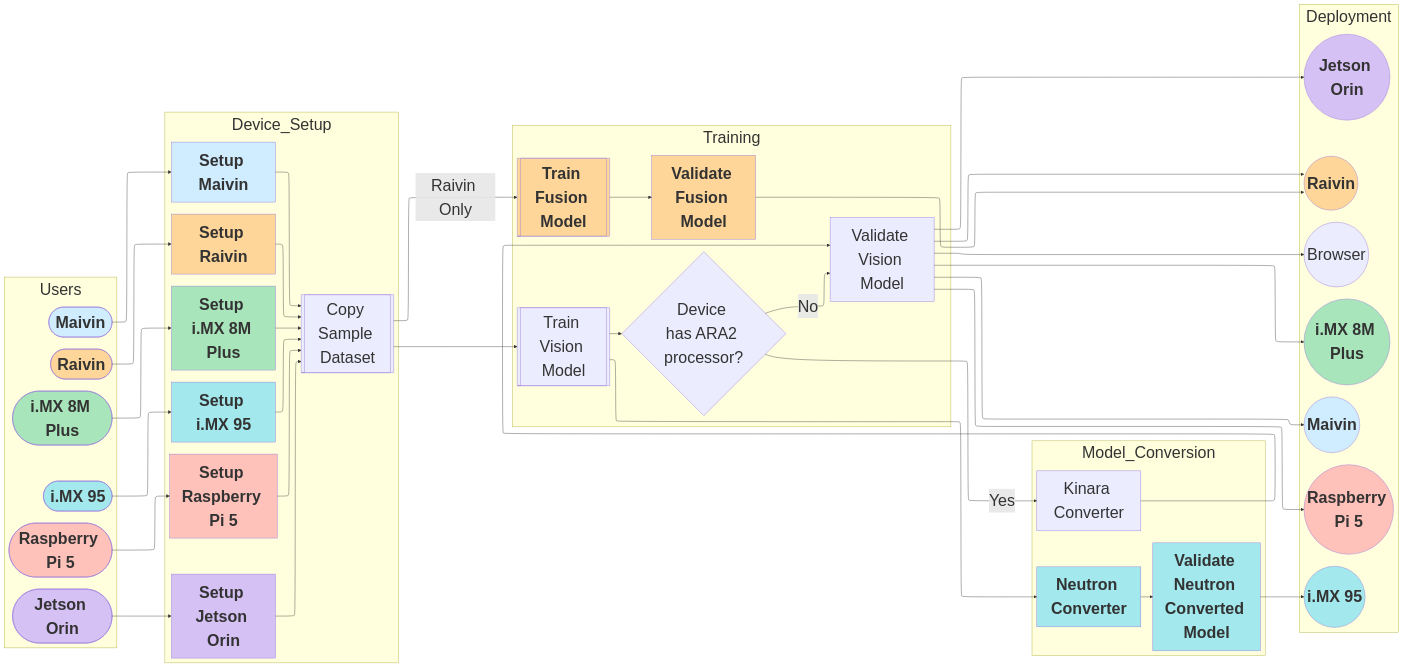
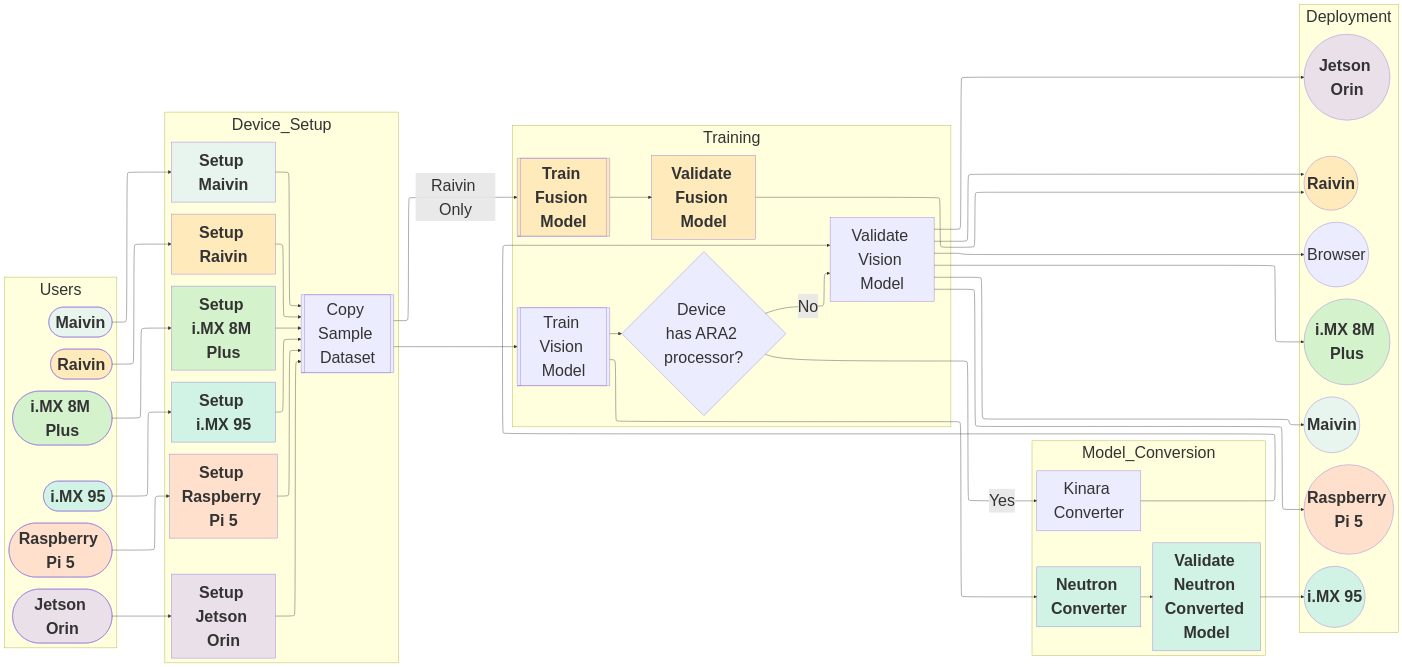
The diagram in docs/platforms/index.md (EdgeFirstAI/documentation), drawn with Mermaid before and after one commit. The commit also changed 3 other files, not shown here.

First line of the commit message:
DE-2667: Improve dark-mode theming for diagrams and admonitions

```diff
--- a/docs/platforms/index.md
+++ b/docs/platforms/index.md
@@ -33,13 +33,13 @@
 %%{init: {"flowchart": {"defaultRenderer": "elk", "nodeSpacing": 60, "rankSpacing": 80}, "themeVariables": { "fontSize": "40px" }} }%%
 
 flowchart LR
-    classDef blue fill:#d0ecff,font-weight:bold; 
-    classDef teal fill:#a2e8ed,font-weight:bold; 
-    classDef orange fill:#ffd699,font-weight:bold; 
-    classDef green fill:#a9e5bb,font-weight:bold; 
-    classDef purple fill:#d6c1f5,font-weight:bold; 
-    classDef coral fill:#ffc2bb,font-weight:bold; 
-    classDef all fill:#f0e6f5,font-weight:bold;
+    classDef blue fill:#d0ecff80,font-weight:bold; 
+    classDef teal fill:#a2e8ed80,font-weight:bold; 
+    classDef orange fill:#ffd69980,font-weight:bold; 
+    classDef green fill:#a9e5bb80,font-weight:bold; 
+    classDef purple fill:#d6c1f580,font-weight:bold; 
+    classDef coral fill:#ffc2bb80,font-weight:bold; 
+    classDef all fill:#f0e6f580,font-weight:bold;
     classDef invisible fill:transparent,stroke:transparent;
 
     %% ---------- USER GROUP ----------
```
